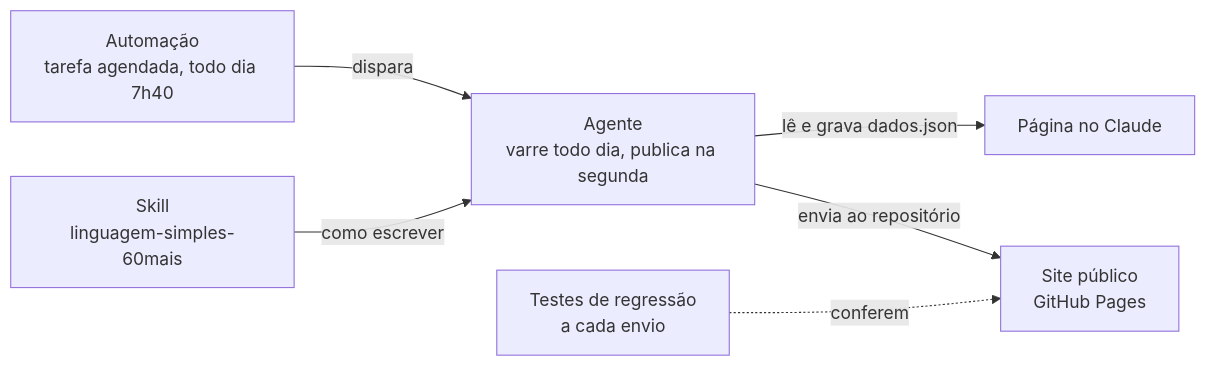
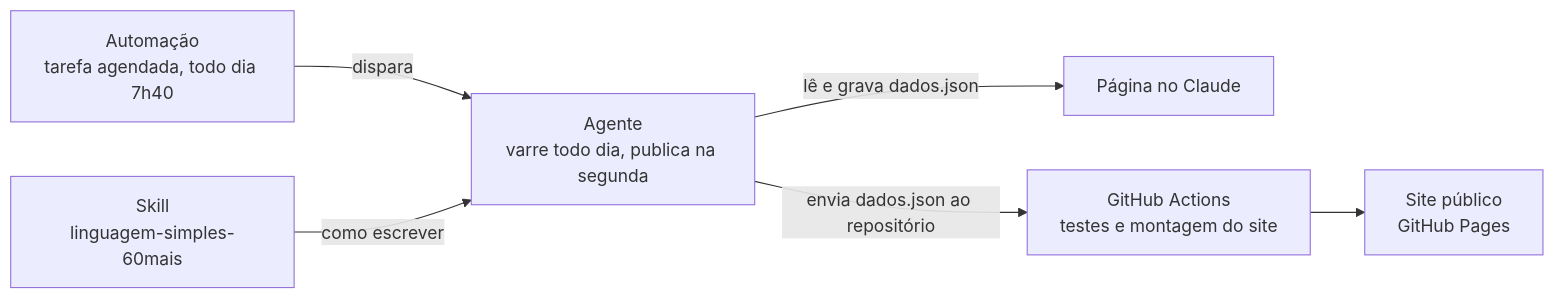
The diagram in README.md (MFraza73/sentinela-60mais), drawn with Mermaid before and after one commit. The commit also changed other lines of this file and 4 other files, not shown here.

First line of the commit message:
Site montado pelo GitHub Actions; dados de 08/11

````diff
--- a/README.md
+++ b/README.md
@@ -26,8 +26,8 @@
 ```mermaid
 flowchart LR
     A["Automação<br/>tarefa agendada, todo dia 7h40"] -->|dispara| B["Agente<br/>varre todo dia, publica na segunda"]
     S["Skill<br/>linguagem-simples-60mais"] -->|como escrever| B
     B -->|lê e grava dados.json| P["Página no Claude"]
-    B -->|envia ao repositório| G["Site público<br/>GitHub Pages"]
-    T["Testes de regressão<br/>a cada envio"] -.->|conferem| G
+    B -->|envia dados.json ao repositório| R["GitHub Actions<br/>testes e montagem do site"]
+    R --> G["Site público<br/>GitHub Pages"]
 ```
````
